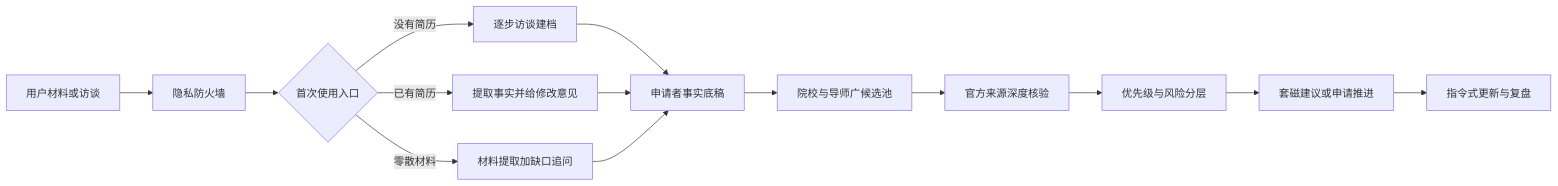
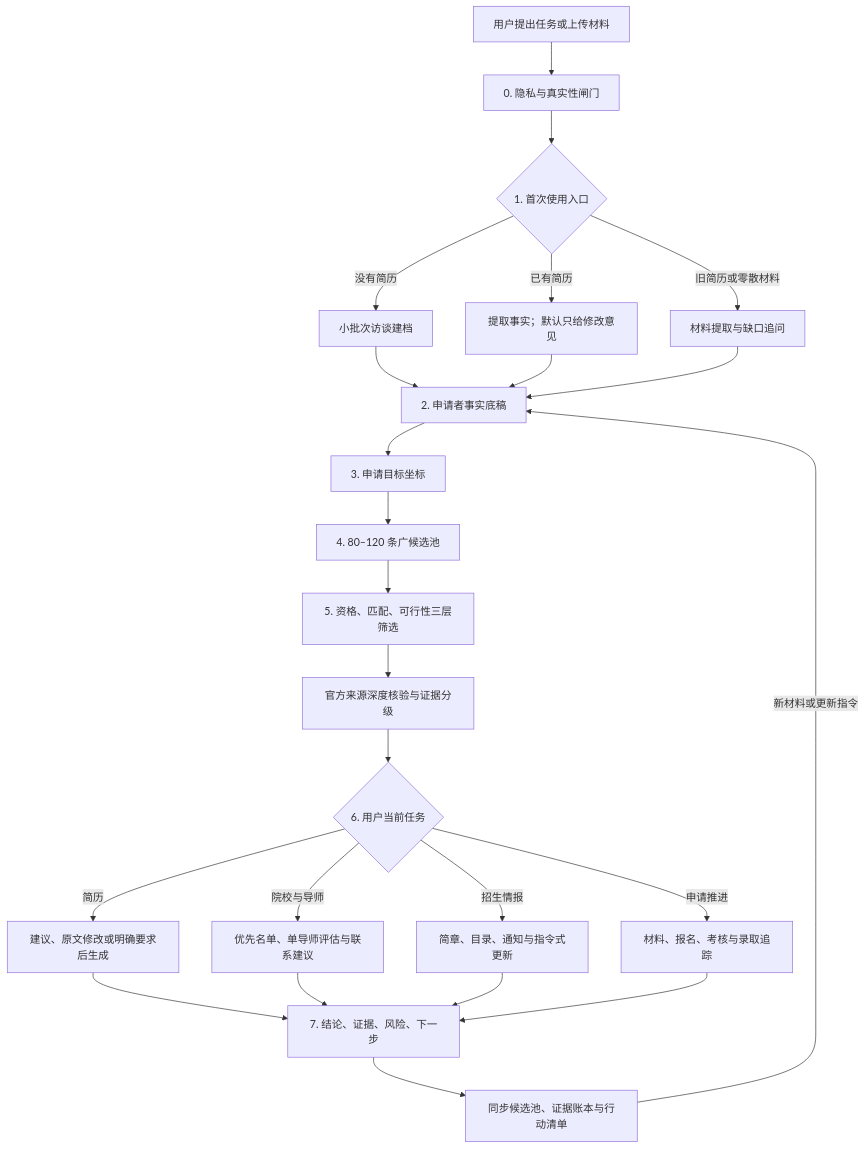
The diagram in README.md (babynopeace/ToPhd), drawn with Mermaid before and after one commit. The commit also changed other lines of this file, not shown here.

````diff
--- a/README.md
+++ b/README.md
@@ -56,16 +67,26 @@
 ```mermaid
-flowchart LR
-    A[用户材料或访谈] --> B[隐私防火墙]
-    B --> C{首次使用入口}
-    C -->|没有简历| D[逐步访谈建档]
-    C -->|已有简历| E[提取事实并给修改意见]
-    C -->|零散材料| F[材料提取加缺口追问]
-    D --> G[申请者事实底稿]
+flowchart TB
+    A["用户提出任务或上传材料"] --> B["0. 隐私与真实性闸门"]
+    B --> C{"1. 首次使用入口"}
+    C -->|"没有简历"| D["小批次访谈建档"]
+    C -->|"已有简历"| E["提取事实；默认只给修改意见"]
+    C -->|"旧简历或零散材料"| F["材料提取与缺口追问"]
+    D --> G["2. 申请者事实底稿"]
     E --> G
     F --> G
-    G --> H[院校与导师广候选池]
-    H --> I[官方来源深度核验]
-    I --> J[优先级与风险分层]
-    J --> K[套磁建议或申请推进]
-    K --> L[指令式更新与复盘]
+    G --> H["3. 申请目标坐标"]
+    H --> I["4. 80–120 条广候选池"]
+    I --> J["5. 资格、匹配、可行性三层筛选"]
+    J --> K["官方来源深度核验与证据分级"]
+    K --> L{"6. 用户当前任务"}
+    L -->|"简历"| M["建议、原文修改或明确要求后生成"]
+    L -->|"院校与导师"| N["优先名单、单导师评估与联系建议"]
+    L -->|"招生情报"| O["简章、目录、通知与指令式更新"]
+    L -->|"申请推进"| P["材料、报名、考核与录取追踪"]
+    M --> Q["7. 结论、证据、风险、下一步"]
+    N --> Q
+    O --> Q
+    P --> Q
+    Q --> R["同步候选池、证据账本与行动清单"]
+    R -->|"新材料或更新指令"| G
 ```
````
